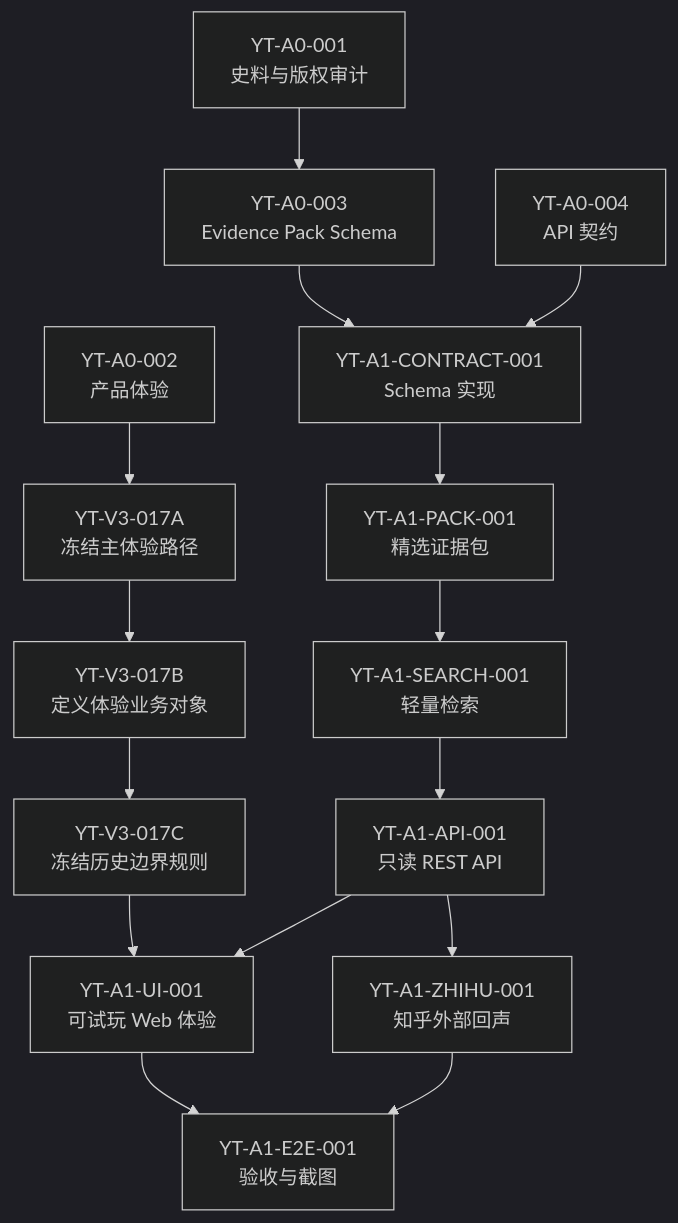
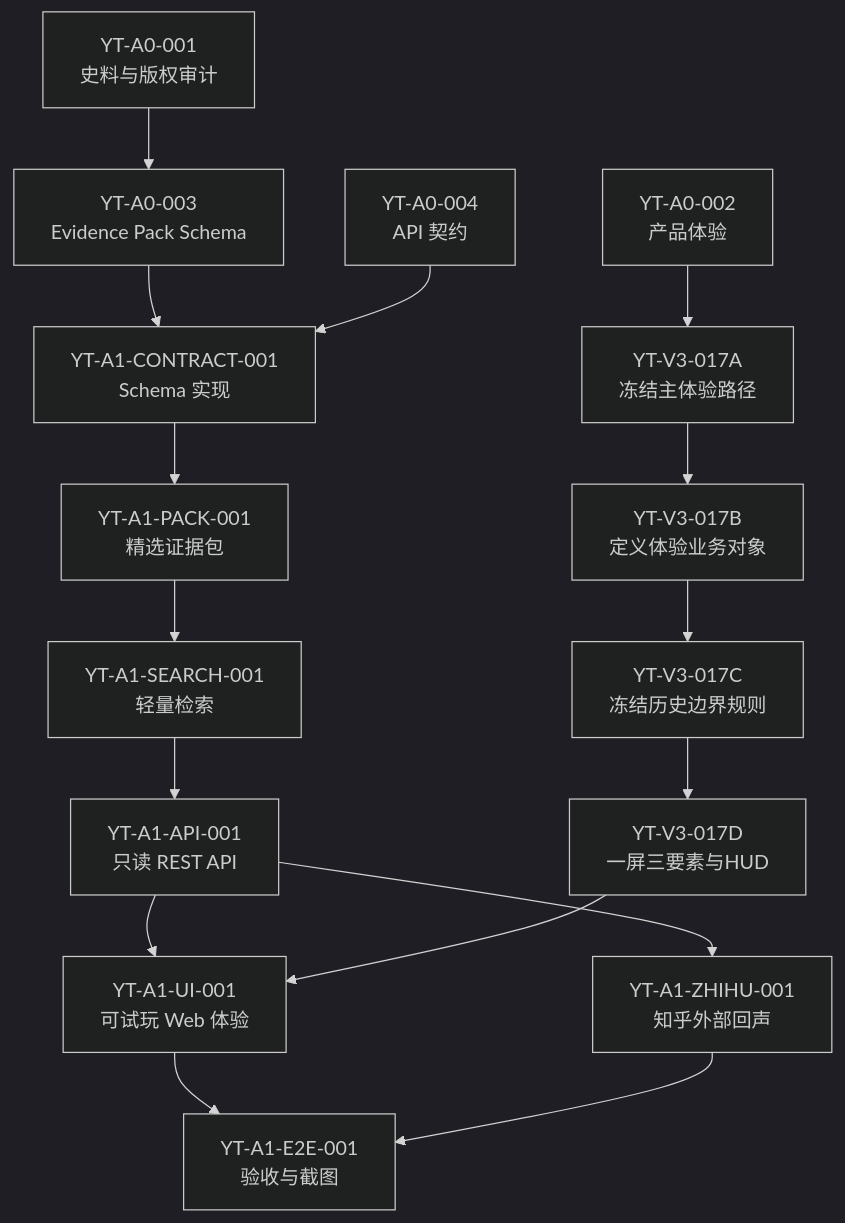
Before and after one commit to baijianqing/yantie-history: the diagram in docs/YANTIE_TASK_BREAKDOWN.md, drawn with Mermaid (dark theme). The commit also changed other lines of this file, not shown here.

````diff
--- a/docs/YANTIE_TASK_BREAKDOWN.md
+++ b/docs/YANTIE_TASK_BREAKDOWN.md
@@ -24,18 +24,19 @@
 ```mermaid
 flowchart TB
     A001["YT-A0-001<br/>史料与版权审计"] --> A003["YT-A0-003<br/>Evidence Pack Schema"]
     A002["YT-A0-002<br/>产品体验"]
     A003 --> C001["YT-A1-CONTRACT-001<br/>Schema 实现"]
     A004["YT-A0-004<br/>API 契约"] --> C001
     C001 --> P001["YT-A1-PACK-001<br/>精选证据包"]
     P001 --> S001["YT-A1-SEARCH-001<br/>轻量检索"]
     S001 --> API001["YT-A1-API-001<br/>只读 REST API"]
     API001 --> UI001["YT-A1-UI-001<br/>可试玩 Web 体验"]
     API001 --> ZH001["YT-A1-ZHIHU-001<br/>知乎外部回声"]
     UI001 --> E2E001["YT-A1-E2E-001<br/>验收与截图"]
     ZH001 --> E2E001
     A002 --> V3017A["YT-V3-017A<br/>冻结主体验路径"]
     V3017A --> V3017B["YT-V3-017B<br/>定义体验业务对象"]
     V3017B --> V3017C["YT-V3-017C<br/>冻结历史边界规则"]
-    V3017C --> UI001
+    V3017C --> V3017D["YT-V3-017D<br/>一屏三要素与HUD"]
+    V3017D --> UI001
 ```
````
